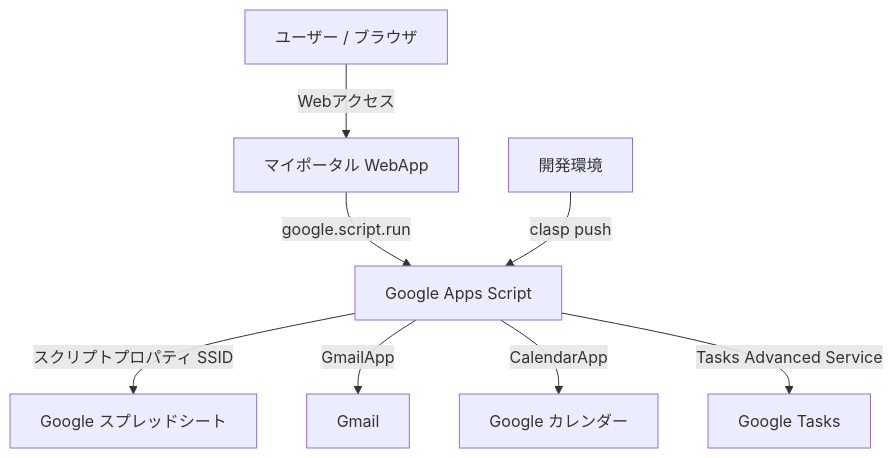
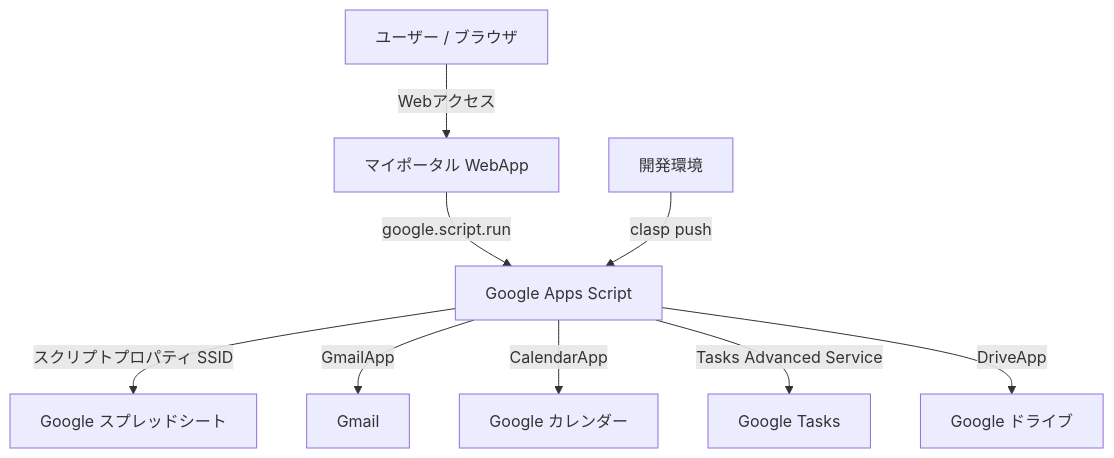
Before and after one commit to TeKun33/MyPortal: the diagram in README.md, drawn with Mermaid. The commit also changed other lines of this file and 1 other file, not shown here.

````diff
--- a/README.md
+++ b/README.md
@@ -88,10 +123,11 @@
 ```mermaid
 graph TD
     User[ユーザー / ブラウザ] -->|Webアクセス| WebApp[マイポータル WebApp]
     WebApp -->|google.script.run| GAS[Google Apps Script]
     GAS -->|スクリプトプロパティ SSID| Sheet[Google スプレッドシート]
     GAS -->|GmailApp| Gmail[Gmail]
     GAS -->|CalendarApp| Cal[Google カレンダー]
     GAS -->|Tasks Advanced Service| Tasks[Google Tasks]
+    GAS -->|DriveApp| Drive[Google ドライブ]
     Dev[開発環境] -->|clasp push| GAS
 ```
````
